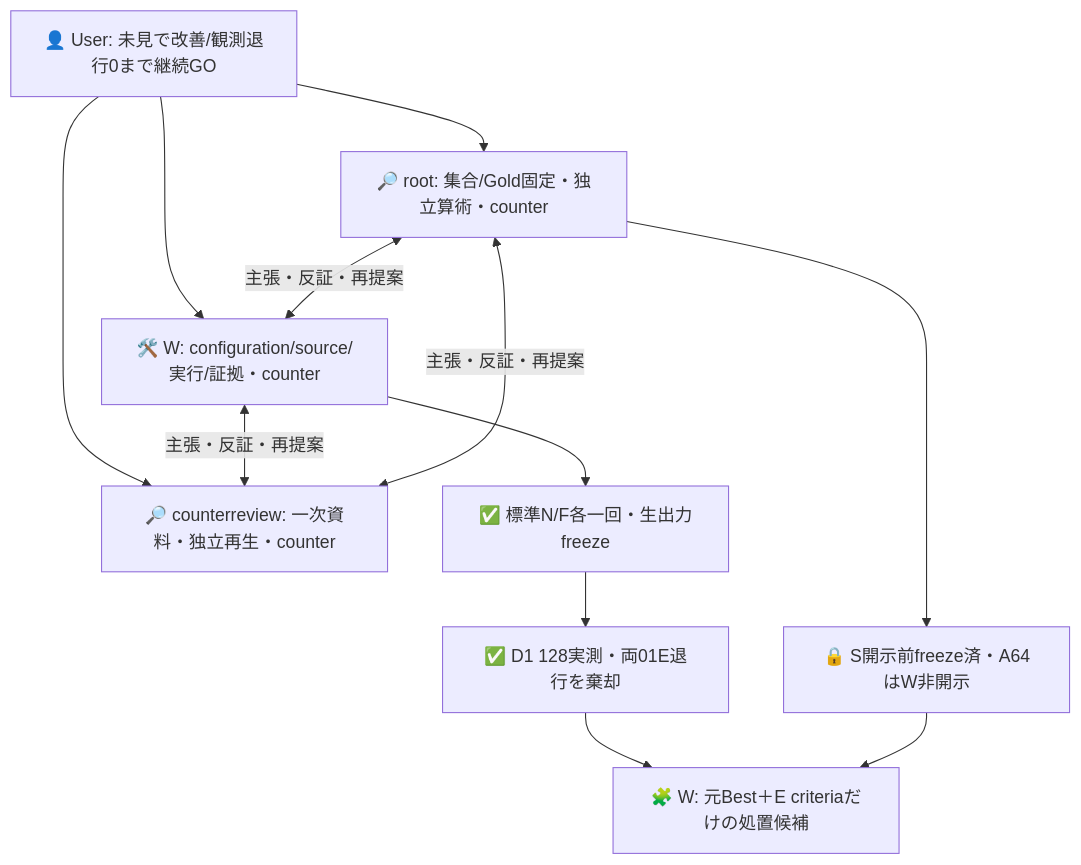
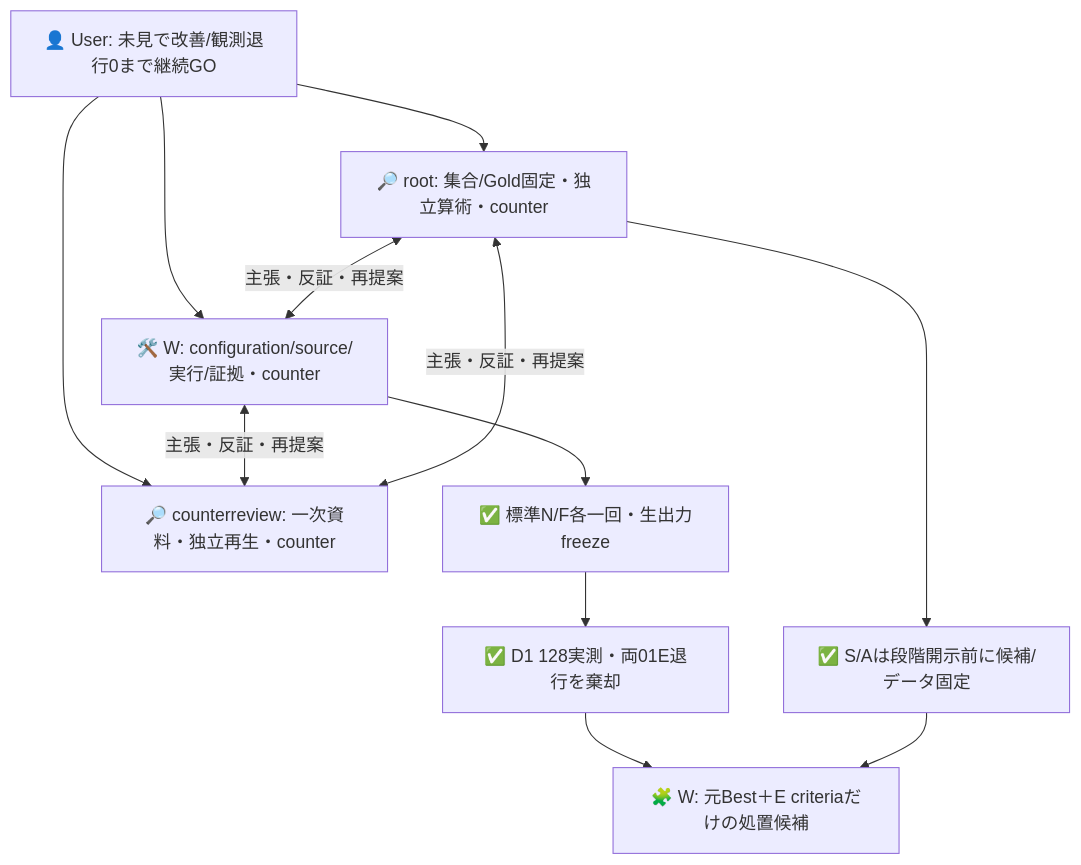
Before and after one commit to roccho-org/ops: the first of 2 diagrams in experiments/sys1-eval-loop/regression/README.md, drawn with Mermaid. The commit also changed other lines of this file and 6 other files, not shown here.

````diff
--- a/experiments/sys1-eval-loop/regression/README.md
+++ b/experiments/sys1-eval-loop/regression/README.md
@@ -45,14 +55,14 @@
 ```mermaid
 flowchart TB
   U["👤 User: 未見で改善/観測退行0まで継続GO"] --> R["🔎 root: 集合/Gold固定・独立算術・counter"]
   U --> W["🛠️ W: configuration/source/実行/証拠・counter"]
   U --> C["🔎 counterreview: 一次資料・独立再生・counter"]
   R <-->|主張・反証・再提案| W
   W <-->|主張・反証・再提案| C
   C <-->|主張・反証・再提案| R
-  R --> K["🔒 S開示前freeze済・A64はW非開示"]
+  R --> K["✅ S/Aは段階開示前に候補/データ固定"]
   W --> B["✅ 標準N/F各一回・生出力freeze"]
   B --> D["✅ D1 128実測・両01E退行を棄却"]
   D --> P["🧩 W: 元Best＋E criteriaだけの処置候補"]
   K --> P
 ```
````
